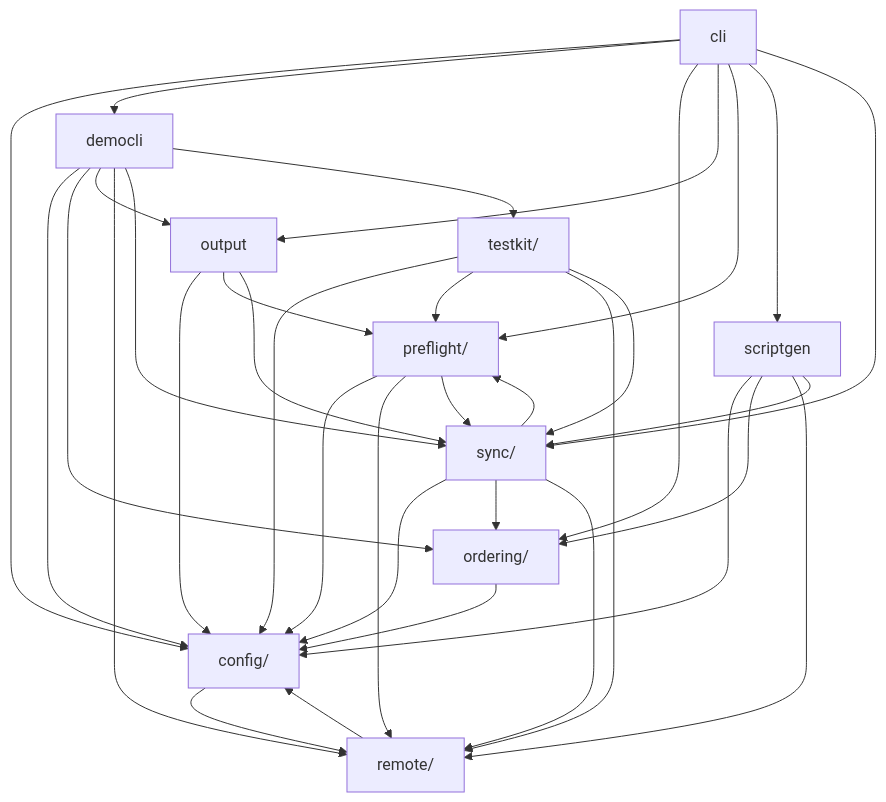
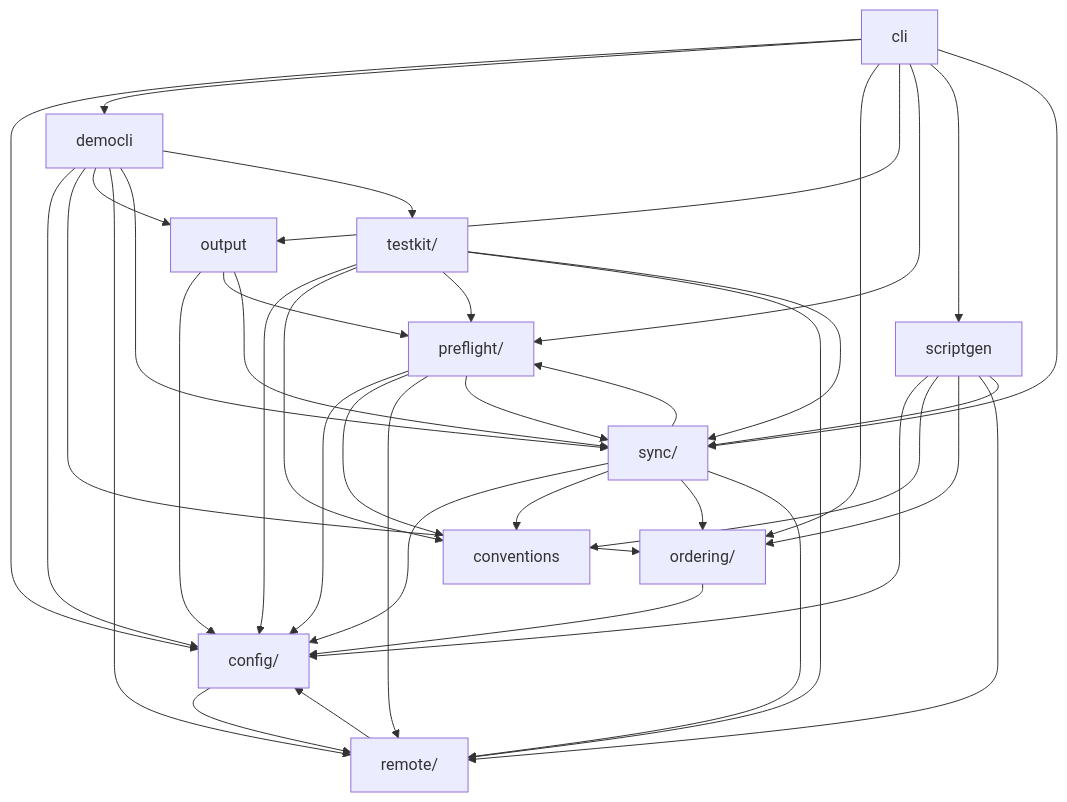
One commit to iglootools/nbkp changed the first of 2 diagrams in docs/architecture.md. Above: the diagram before and after it, drawn with Mermaid. The commit also changed 16 other files, not shown here.

````diff
--- a/docs/architecture.md
+++ b/docs/architecture.md
@@ -7,48 +7,53 @@
 ```mermaid
 graph TD
     cli["cli"]
     config["config/"]
+    conventions["conventions"]
     democli["democli"]
     ordering["ordering/"]
     output["output"]
     preflight["preflight/"]
     remote["remote/"]
     scriptgen["scriptgen"]
     sync["sync/"]
     testkit["testkit/"]
 
     cli --> config
     cli --> democli
     cli --> ordering
     cli --> output
     cli --> preflight
     cli --> scriptgen
     cli --> sync
     config --> remote
     democli --> config
     democli --> ordering
     democli --> output
     democli --> remote
     democli --> sync
     democli --> testkit
     ordering --> config
     output --> config
     output --> preflight
     output --> sync
     preflight --> config
+    preflight --> conventions
     preflight --> remote
     preflight --> sync
     remote --> config
     scriptgen --> config
+    scriptgen --> conventions
     scriptgen --> ordering
     scriptgen --> remote
     scriptgen --> sync
     sync --> config
+    sync --> conventions
     sync --> ordering
     sync --> preflight
     sync --> remote
     testkit --> config
+    testkit --> conventions
     testkit --> preflight
     testkit --> remote
     testkit --> sync
 ```
````
